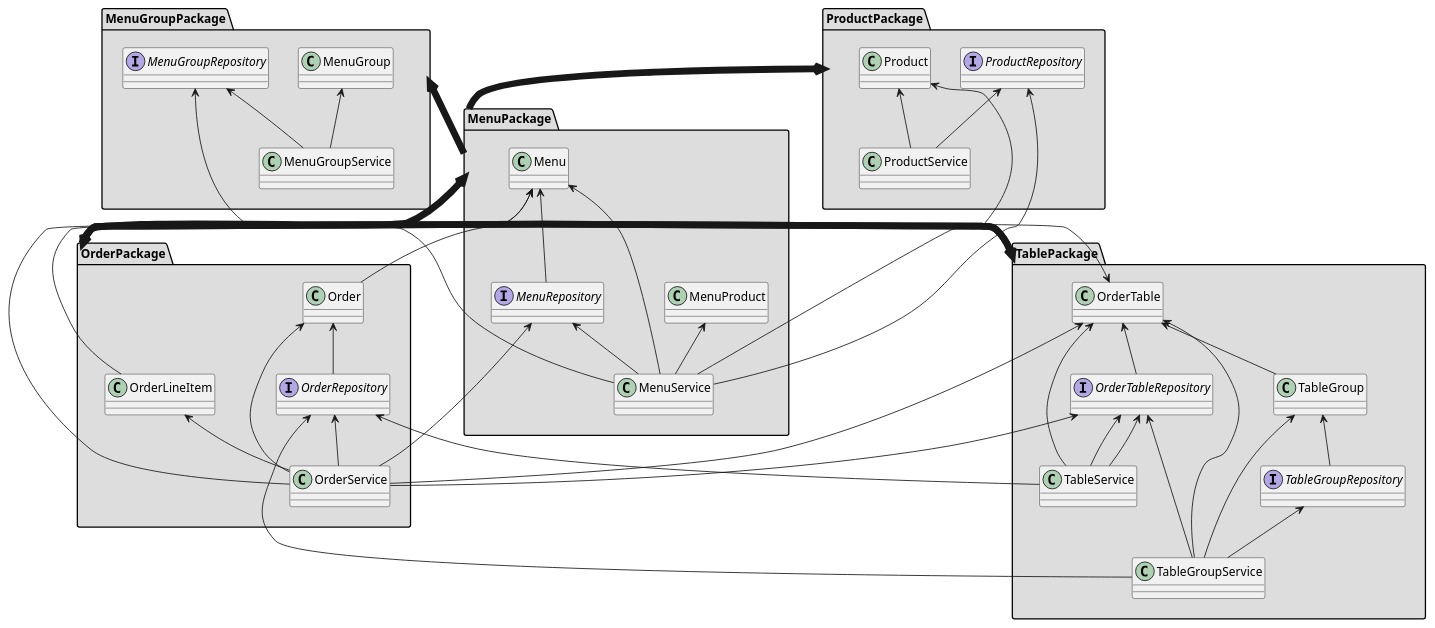
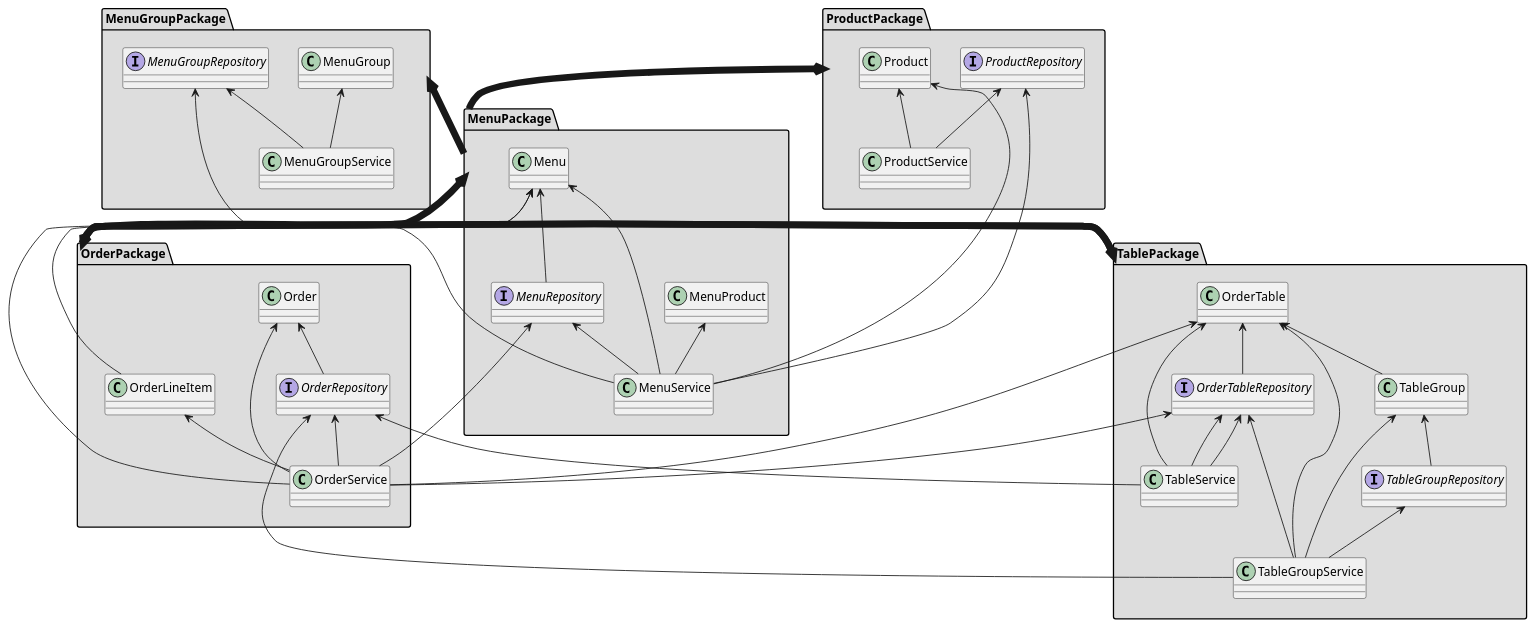
One commit to next-step/jwp-refactoring changed the diagram in markdown/uml.puml. Above: the diagram before and after it, drawn with PlantUML. The commit also changed 7 other files, not shown here.

Commit message:
refactor: 의존성제거 OrderTable <-- Order

```diff
--- a/markdown/uml.puml
+++ b/markdown/uml.puml
@@ -1,86 +1,87 @@
 @startuml
 package MenuPackage #DDDDDD {
   class MenuService
   class Menu
   class MenuProduct
   interface MenuRepository
 }
 package MenuGroupPackage #DDDDDD {
   class MenuGroupService
   class MenuGroup
   interface MenuGroupRepository
 }
 package OrderPackage #DDDDDD {
   class OrderService
   class Order
   class OrderLineItem
   interface OrderRepository
 }
 package ProductPackage #DDDDDD {
   class ProductService
   class Product
   interface ProductRepository
 }
 package TablePackage #DDDDDD {
   class TableService
   class TableGroupService
   class OrderTable
   class TableGroup
   interface OrderTableRepository
   interface TableGroupRepository
 }
 
   ProductPackage <-[thickness=8]- MenuPackage
   MenuGroupPackage <-[thickness=8]- MenuPackage
   MenuPackage <-[thickness=8]- OrderPackage
   TablePackage <-[thickness=8]- OrderPackage
   OrderPackage <-[thickness=8]- TablePackage
 
 
   Menu <-- MenuService
   'MenuGroup <-- MenuService
   MenuGroupRepository <-- MenuService
   MenuProduct <-- MenuService
   MenuRepository <-- MenuService
   Product <-- MenuService
   ProductRepository <-- MenuService
 
   'MenuGroup <-- Menu
 
   'Product <-- MenuProduct
 
   MenuGroup <-- MenuGroupService
   MenuGroupRepository <-- MenuGroupService
+'------------------------------------------------------
+  'OrderTable <-- Order
 
-  OrderTable <-- Order
   Menu <-- OrderLineItem
 
   Menu <-- OrderService
   MenuRepository <-- OrderService
   Order <-- OrderService
   OrderLineItem <-- OrderService
   OrderRepository <-- OrderService
   OrderTable <-- OrderService
   OrderTableRepository <-- OrderService
 
   Product <-- ProductService
   ProductRepository <-- ProductService
 
   OrderTable <-- TableGroup
 
   OrderRepository <-- TableGroupService
   OrderTable <-- TableGroupService
   OrderTableRepository <-- TableGroupService
   TableGroup <-- TableGroupService
   TableGroupRepository <-- TableGroupService
 
   OrderRepository <-- TableService
   OrderTable <-- TableService
   OrderTableRepository <-- TableService
 
   TableGroup <-- TableGroupRepository
   Order <-- OrderRepository
   Menu <-- MenuRepository
   OrderTableRepository <-- TableService
   OrderTable <-- OrderTableRepository
 @enduml
```
